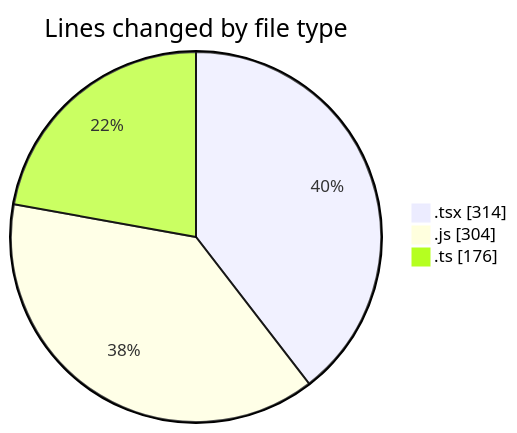
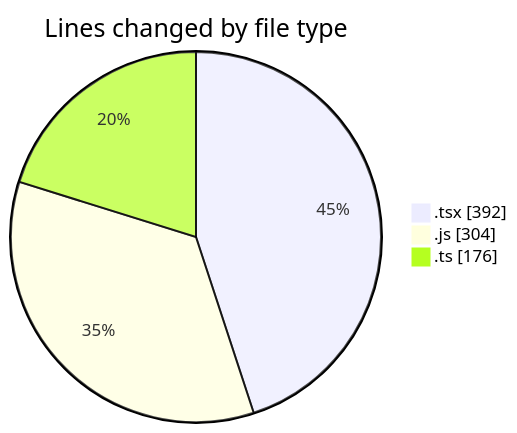
Before and after one commit to momahboobian/code-tracking: the first of 2 diagrams in 2025-02-26/cda/README.md, drawn with Mermaid. The commit also changed other lines of this file and 1 other file, not shown here.

````diff
--- a/2025-02-26/cda/README.md
+++ b/2025-02-26/cda/README.md
@@ -30,7 +30,7 @@
 ```mermaid
 pie showData
 title Lines changed by file type
-".tsx" : 314
+".tsx" : 392
 ".js" : 304
 ".ts" : 176
 ```
````
